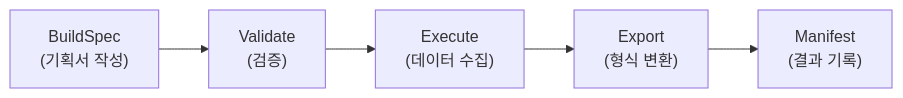
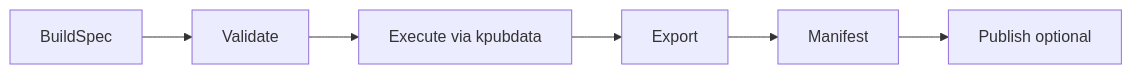
One commit to yeongseon/kpubdata-builder changed the diagram in README.md. Above: the diagram before and after it, drawn with Mermaid. The commit also changed other lines of this file and 25 other files, not shown here.

````diff
--- a/README.md
+++ b/README.md
@@ -46,7 +43,8 @@
 ```mermaid
-graph LR
-BS["BuildSpec<br/>(기획서 작성)"] --> V["Validate<br/>(검증)"]
-V --> E["Execute<br/>(데이터 수집)"]
-E --> EX["Export<br/>(형식 변환)"]
-EX --> M["Manifest<br/>(결과 기록)"]
+flowchart LR
+    BS[BuildSpec] --> V[Validate]
+    V --> X[Execute via kpubdata]
+    X --> E[Export]
+    E --> M[Manifest]
+    M --> P[Publish optional]
 ```
````
